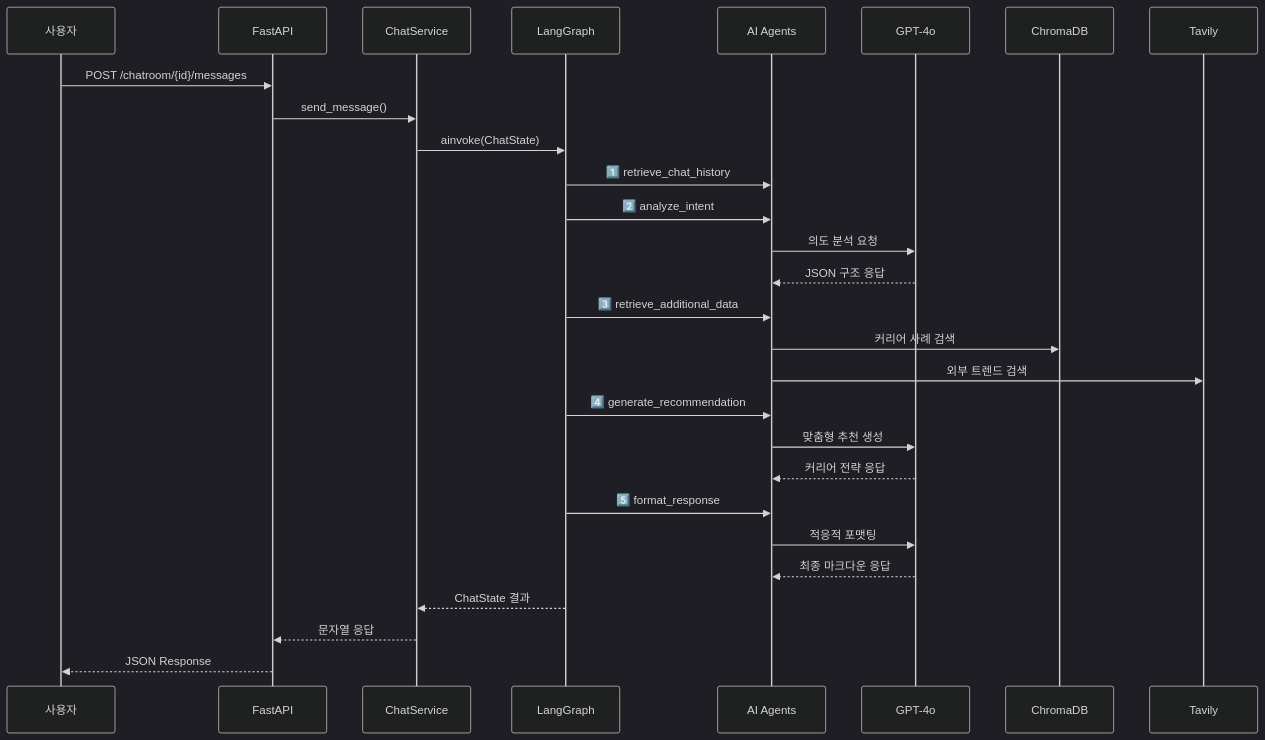
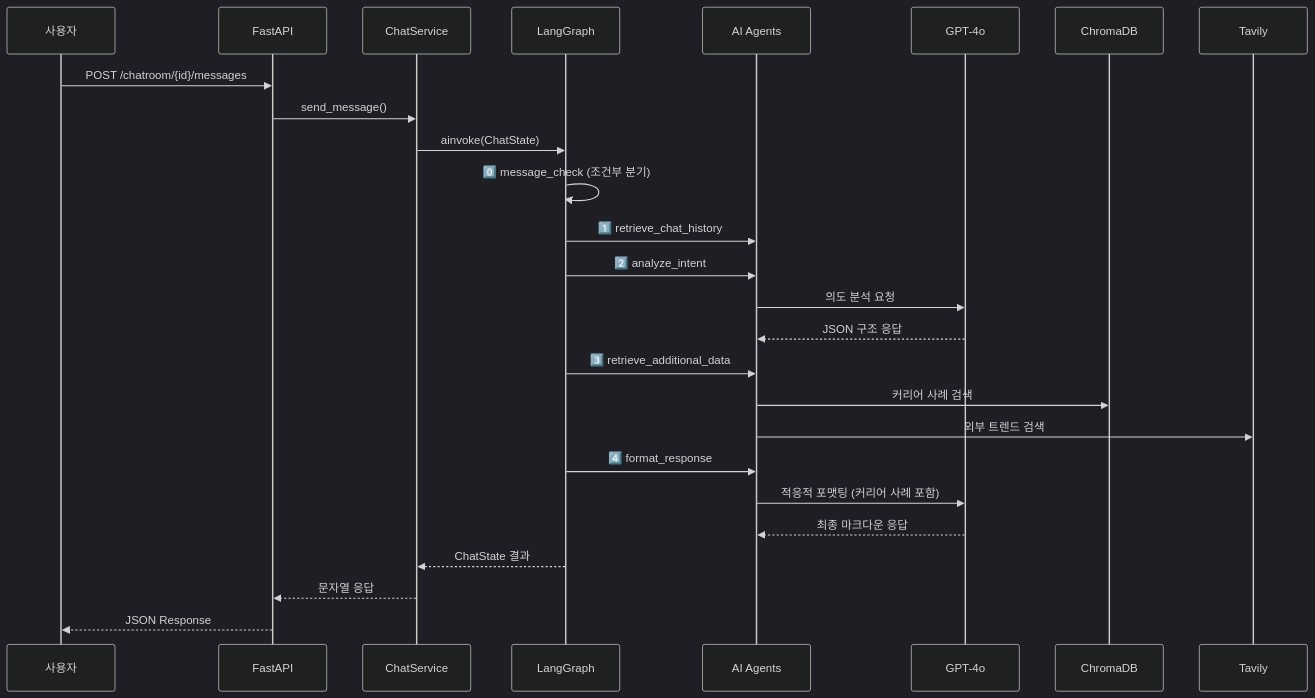
One commit to SK4toB/g-navi-ai-api changed the third of 3 diagrams in README.md. Above: the diagram before and after it, drawn with Mermaid (dark theme). The commit also changed other lines of this file, not shown here.

````diff
--- a/README.md
+++ b/README.md
@@ -175,34 +170,32 @@
 ```mermaid
 sequenceDiagram
     participant User as 사용자
     participant API as FastAPI
     participant Service as ChatService
     participant Graph as LangGraph
     participant Agents as AI Agents
     participant LLM as GPT-4o
     
     User->>API: POST /chatroom/{id}/messages
     API->>Service: send_message()
     Service->>Graph: ainvoke(ChatState)
     
+    Graph->>Graph: 0️⃣ message_check (조건부 분기)
+    
     Graph->>Agents: 1️⃣ retrieve_chat_history
     Graph->>Agents: 2️⃣ analyze_intent
     Agents->>LLM: 의도 분석 요청
     LLM-->>Agents: JSON 구조 응답
     
     Graph->>Agents: 3️⃣ retrieve_additional_data
     Agents->>ChromaDB: 커리어 사례 검색
     Agents->>Tavily: 외부 트렌드 검색
     
-    Graph->>Agents: 4️⃣ generate_recommendation
-    Agents->>LLM: 맞춤형 추천 생성
-    LLM-->>Agents: 커리어 전략 응답
-    
-    Graph->>Agents: 5️⃣ format_response
-    Agents->>LLM: 적응적 포맷팅
+    Graph->>Agents: 4️⃣ format_response
+    Agents->>LLM: 적응적 포맷팅 (커리어 사례 포함)
     LLM-->>Agents: 최종 마크다운 응답
     
     Graph-->>Service: ChatState 결과
     Service-->>API: 문자열 응답
     API-->>User: JSON Response
 ```
````
